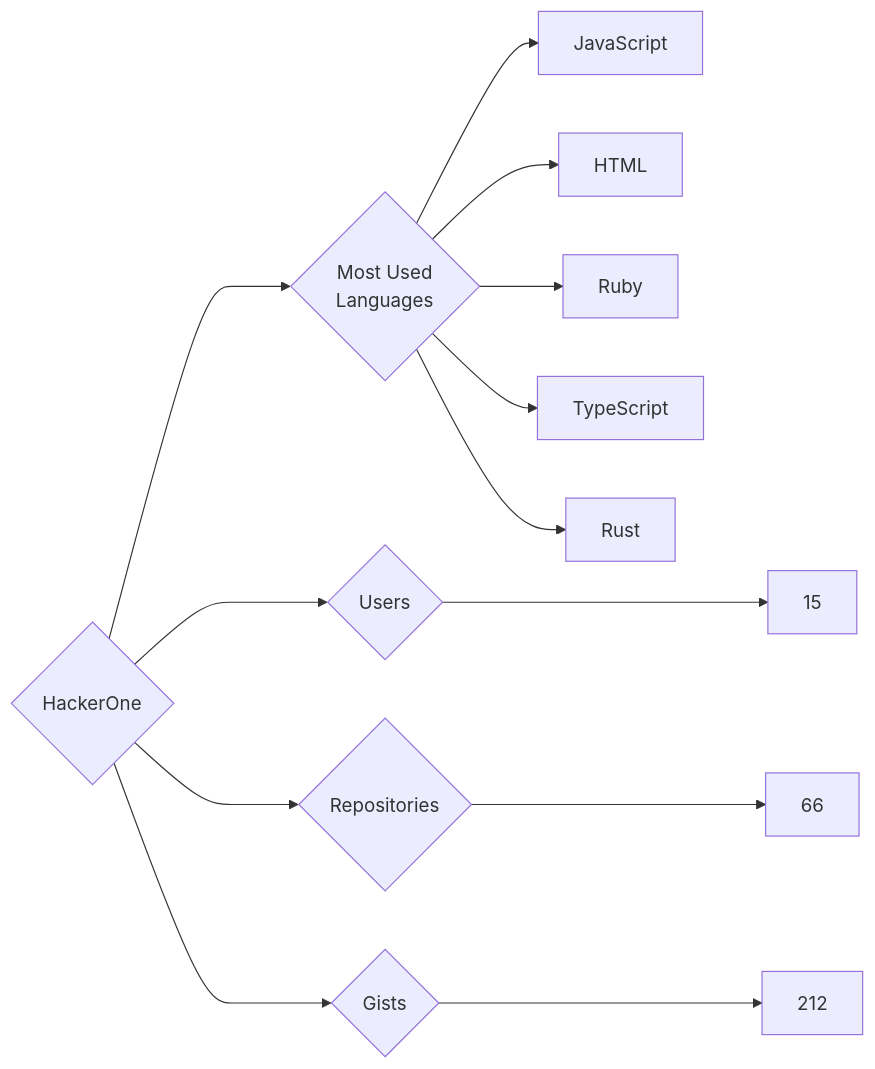
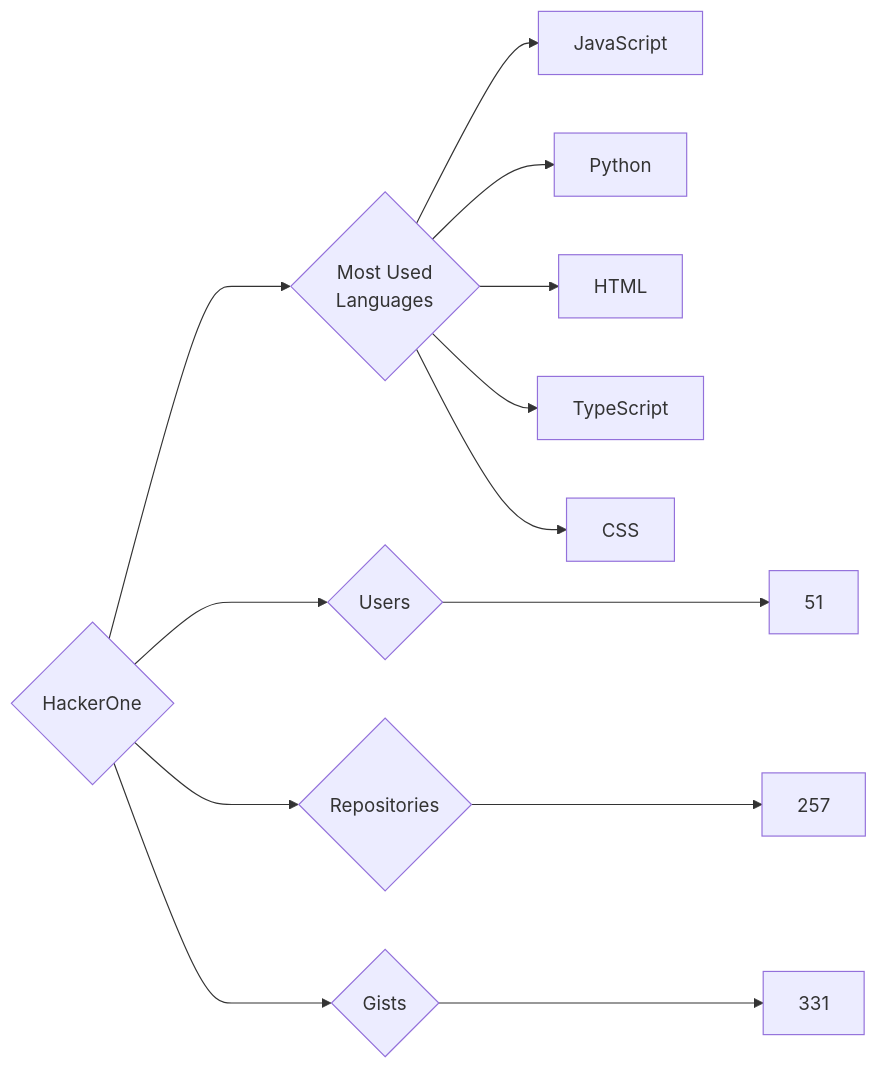
One commit to trickest/insiders changed the diagram in targets/HackerOne/README.md. Above: the diagram before and after it, drawn with Mermaid. The commit also changed 786 other files, not shown here.

````diff
--- a/targets/HackerOne/README.md
+++ b/targets/HackerOne/README.md
@@ -3,13 +3,13 @@
 ```mermaid
 graph LR
 COMPANY_NAME{HackerOne}
-COMPANY_NAME ---> U{Users} ---> UN[15]
-COMPANY_NAME ---> R{Repositories} ---> RN[66]
-COMPANY_NAME ---> G{Gists} ---> GN[212]
+COMPANY_NAME ---> U{Users} ---> UN[51]
+COMPANY_NAME ---> R{Repositories} ---> RN[257]
+COMPANY_NAME ---> G{Gists} ---> GN[331]
 COMPANY_NAME ---> ML{Most Used<br>Languages}
 ML --> JavaScript[JavaScript]
+ML --> Python[Python]
 ML --> HTML[HTML]
-ML --> Ruby[Ruby]
 ML --> TypeScript[TypeScript]
-ML --> Rust[Rust]
+ML --> CSS[CSS]
 ```
````
